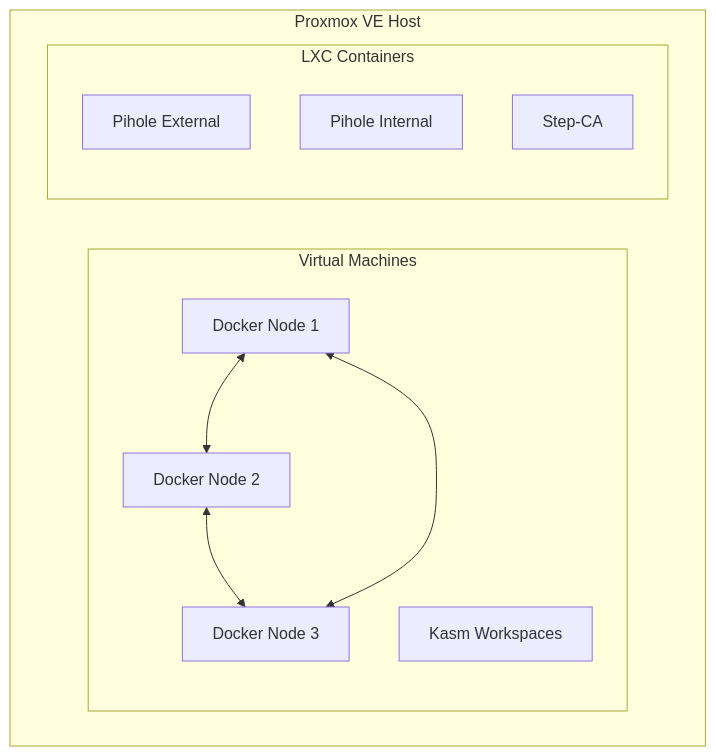
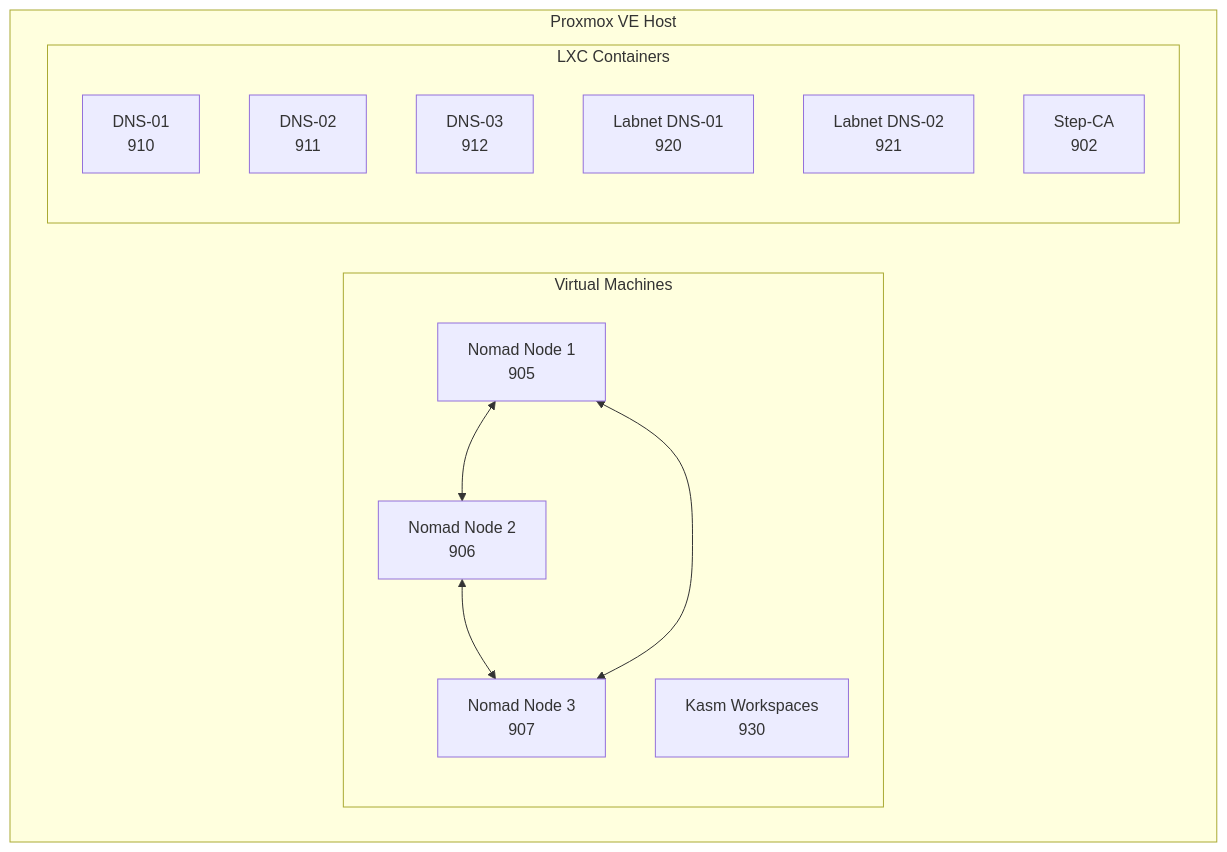
Before and after one commit to jknyght9/proxmox-lab: the diagram in docs/getting-started/introduction.md, drawn with Mermaid. The commit also changed other lines of this file and 33 other files, not shown here.

First line of the commit message:
Rewrite documentation to reflect current Nomad-based architecture

````diff
--- a/docs/getting-started/introduction.md
+++ b/docs/getting-started/introduction.md
@@ -20,21 +20,24 @@
 ```mermaid
 graph TB
     subgraph proxmox["Proxmox VE Host"]
         subgraph vms["Virtual Machines"]
-            docker1[Docker Node 1]
-            docker2[Docker Node 2]
-            docker3[Docker Node 3]
-            kasm[Kasm Workspaces]
+            nomad1[Nomad Node 1<br/>905]
+            nomad2[Nomad Node 2<br/>906]
+            nomad3[Nomad Node 3<br/>907]
+            kasm[Kasm Workspaces<br/>930]
         end
 
         subgraph lxc["LXC Containers"]
-            pihole_ext[Pihole External]
-            pihole_int[Pihole Internal]
-            stepca[Step-CA]
+            dns1[DNS-01<br/>910]
+            dns2[DNS-02<br/>911]
+            dns3[DNS-03<br/>912]
+            labdns1[Labnet DNS-01<br/>920]
+            labdns2[Labnet DNS-02<br/>921]
+            stepca[Step-CA<br/>902]
         end
     end
 
-    docker1 <--> docker2
-    docker2 <--> docker3
-    docker3 <--> docker1
+    nomad1 <--> nomad2
+    nomad2 <--> nomad3
+    nomad3 <--> nomad1
 ```
````
